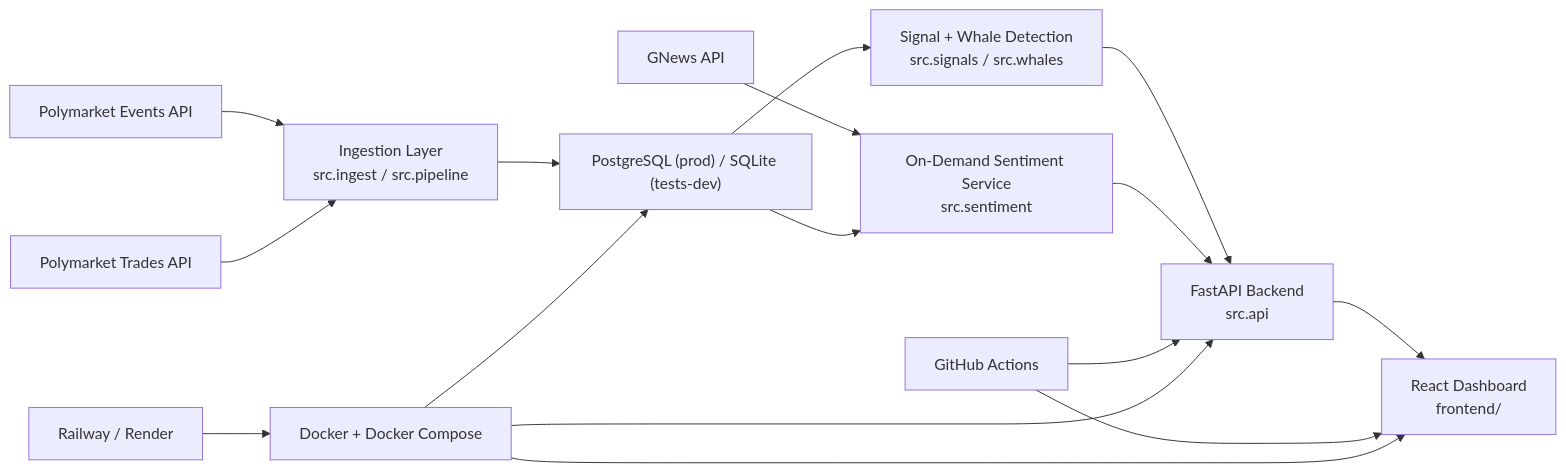
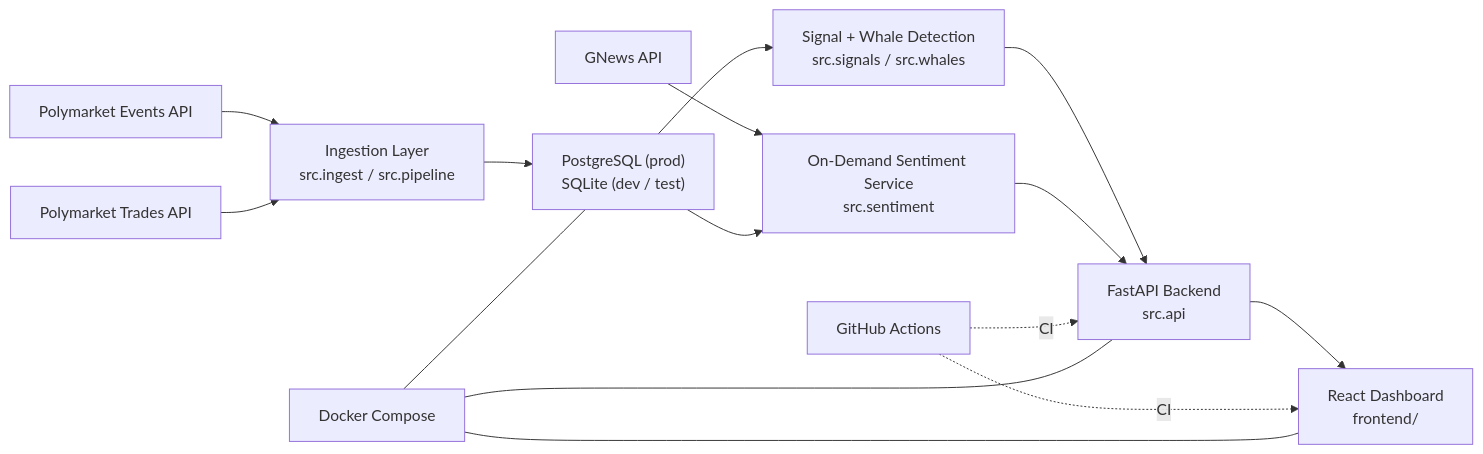
Before and after one commit to codysj/Vantage: the diagram in README.md, drawn with Mermaid. The commit also changed other lines of this file and 9 other files, not shown here.

````diff
--- a/README.md
+++ b/README.md
@@ -31,18 +94,17 @@
 ```mermaid
 flowchart LR
     A["Polymarket Events API"] --> B["Ingestion Layer<br/>src.ingest / src.pipeline"]
     A2["Polymarket Trades API"] --> B
     N["GNews API"] --> S["On-Demand Sentiment Service<br/>src.sentiment"]
-    B --> D["PostgreSQL (prod) / SQLite (tests-dev)"]
+    B --> D["PostgreSQL (prod)<br/>SQLite (dev / test)"]
     D --> G["Signal + Whale Detection<br/>src.signals / src.whales"]
     D --> S
     G --> F["FastAPI Backend<br/>src.api"]
     S --> F
     F --> R["React Dashboard<br/>frontend/"]
-    C["GitHub Actions"] --> F
-    C --> R
-    X["Docker + Docker Compose"] --> F
-    X --> R
-    X --> D
-    Y["Railway / Render"] --> X
+    C["GitHub Actions"] -. CI .-> F
+    C -. CI .-> R
+    X["Docker Compose"] --- F
+    X --- R
+    X --- D
 ```
````
